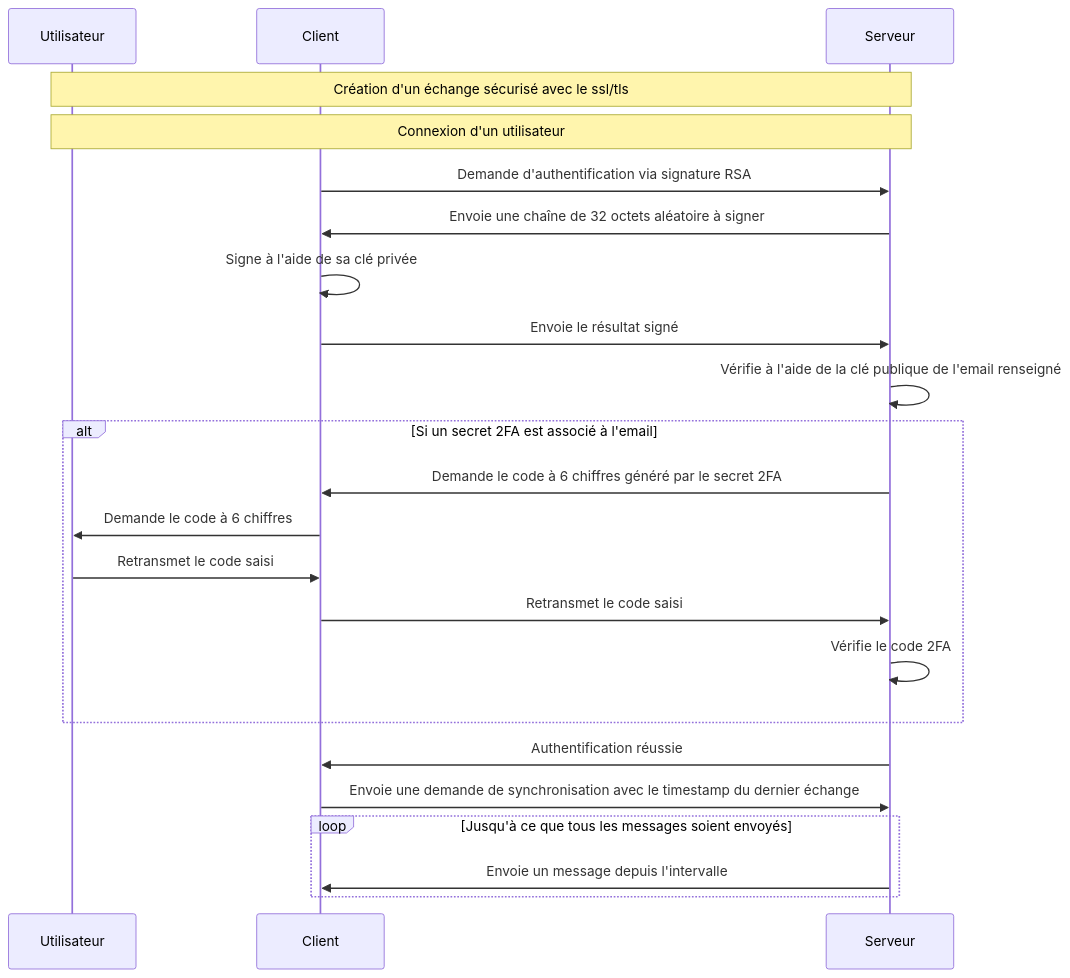
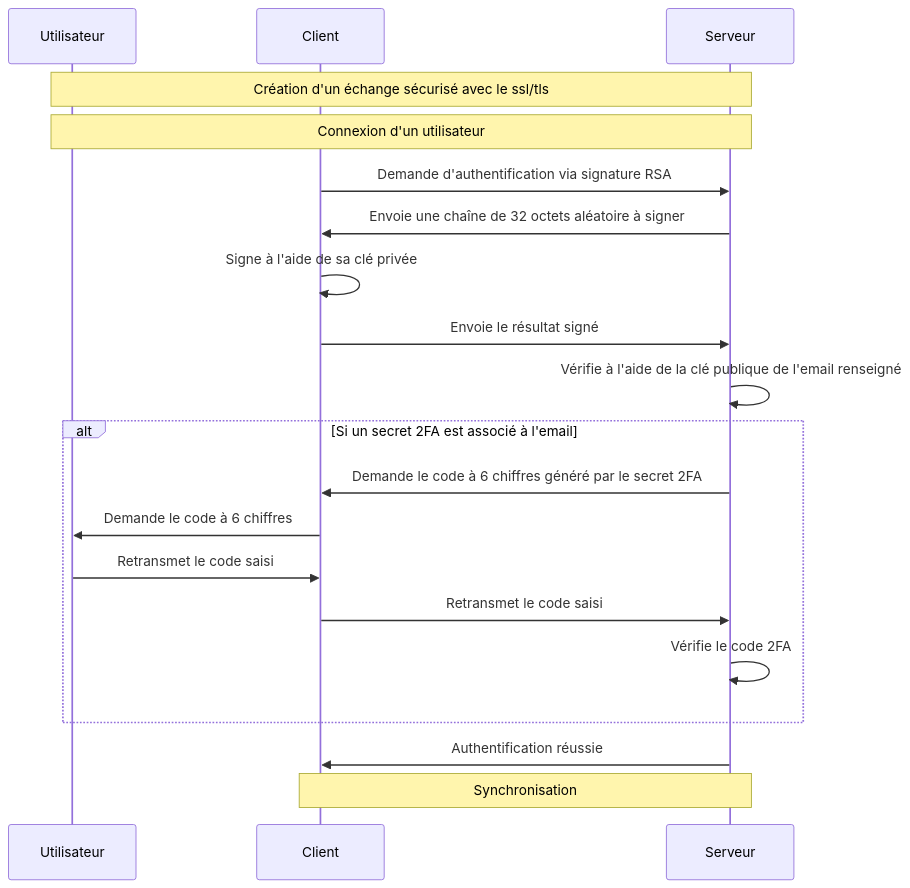
Before and after one commit to Braakk/RS-APP: the second of 3 diagrams in README.md, drawn with Mermaid. The commit also changed other lines of this file, not shown here.

````diff
--- a/README.md
+++ b/README.md
@@ -90,27 +103,24 @@
 ```mermaid
 sequenceDiagram
     participant Utilisateur
     participant Client
     participant Serveur
 
     Note over Utilisateur, Serveur: Création d'un échange sécurisé avec le ssl/tls
     Note over Utilisateur, Serveur: Connexion d'un utilisateur
 
     Client->>Serveur: Demande d'authentification via signature RSA
     Serveur->>Client: Envoie une chaîne de 32 octets aléatoire à signer
     Client->>Client: Signe à l'aide de sa clé privée
     Client->>Serveur: Envoie le résultat signé
     Serveur->>Serveur: Vérifie à l'aide de la clé publique de l'email renseigné
     alt Si un secret 2FA est associé à l'email
         Serveur->>Client: Demande le code à 6 chiffres généré par le secret 2FA
         Client->>Utilisateur: Demande le code à 6 chiffres
         Utilisateur->>Client: Retransmet le code saisi
         Client->>Serveur: Retransmet le code saisi
         Serveur->>Serveur: Vérifie le code 2FA
     end
     Serveur->>Client: Authentification réussie
-    Client->>Serveur: Envoie une demande de synchronisation avec le timestamp du dernier échange
-    loop Jusqu'à ce que tous les messages soient envoyés
-        Serveur->>Client: Envoie un message depuis l'intervalle
-    end
+    Note over Client, Serveur: Synchronisation
 ```
````
